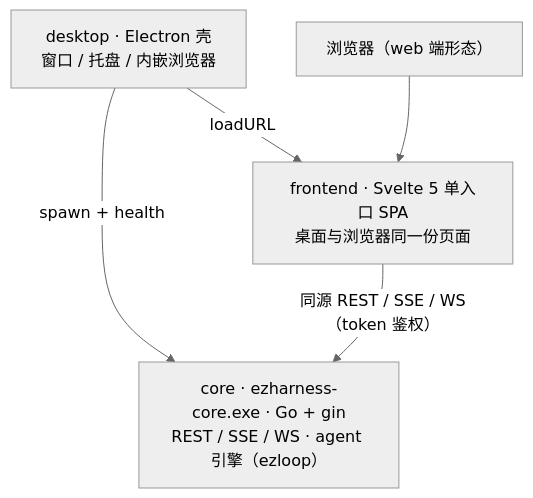
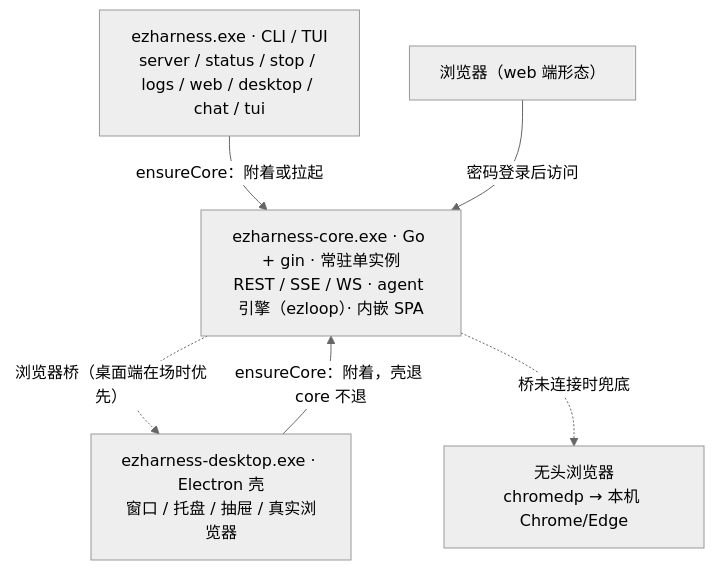
Before and after one commit to xuanlv2002/ezharness: the diagram in README.md, drawn with Mermaid (neutral theme). The commit also changed other lines of this file and 16 other files, not shown here.

````diff
--- a/README.md
+++ b/README.md
@@ -86,10 +92,13 @@
 ```mermaid
 flowchart TB
-    DESK["desktop · Electron 壳<br/>窗口 / 托盘 / 内嵌浏览器"] -- "spawn + health" --> CORE
-    CORE["core · ezharness-core.exe · Go + gin<br/>REST / SSE / WS · agent 引擎（ezloop）"]
-    FE["frontend · Svelte 5 单入口 SPA<br/>桌面与浏览器同一份页面"]
+    CLI["ezharness.exe · CLI / TUI<br/>server / status / stop / logs / web / desktop / chat / tui"]
+    DESK["ezharness-desktop.exe · Electron 壳<br/>窗口 / 托盘 / 抽屉 / 真实浏览器"]
     WEB["浏览器（web 端形态）"]
-    DESK -- "loadURL" --> FE
-    WEB --> FE
-    FE -- "同源 REST / SSE / WS（token 鉴权）" --> CORE
+    CORE["ezharness-core.exe · Go + gin · 常驻单实例<br/>REST / SSE / WS · agent 引擎（ezloop）· 内嵌 SPA"]
+    HE["无头浏览器<br/>chromedp → 本机 Chrome/Edge"]
+    CLI -- "ensureCore：附着或拉起" --> CORE
+    DESK -- "ensureCore：附着，壳退 core 不退" --> CORE
+    WEB -- "密码登录后访问" --> CORE
+    CORE -. "浏览器桥（桌面端在场时优先）" .-> DESK
+    CORE -. "桥未连接时兜底" .-> HE
 ```
````
